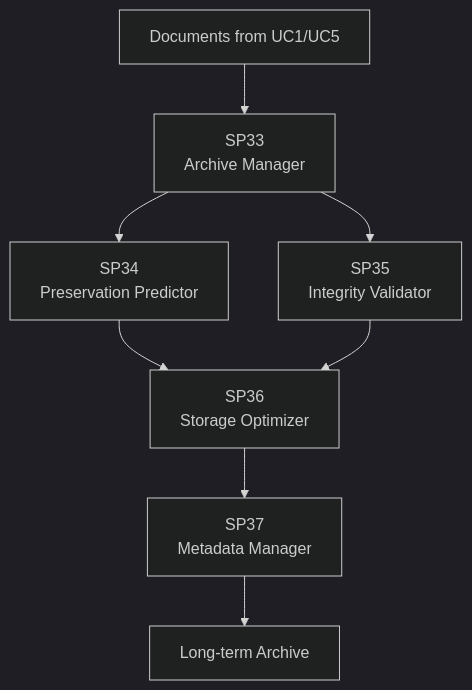
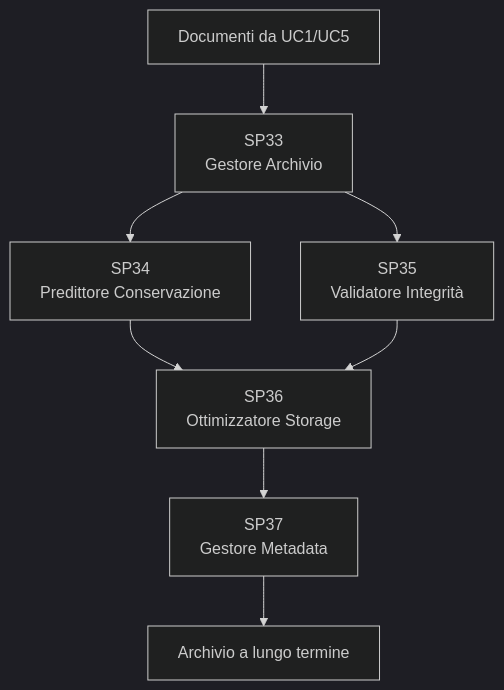
The diagram in docs/use_cases/UC7 - Sistema di Gestione Archivio e Conservazione/02-DEPENDENCIES.md (gianlucaciarcelluti/Interzen.ZenIA), drawn with Mermaid (dark theme) before and after one commit. The commit also changed other lines of this file and 14 other files, not shown here.

````diff
--- a/docs/use_cases/UC7 - Sistema di Gestione Archivio e Conservazione/02-DEPENDENCIES.md
+++ b/docs/use_cases/UC7 - Sistema di Gestione Archivio e Conservazione/02-DEPENDENCIES.md
@@ -5,10 +5,10 @@
 ```mermaid
 graph TD
-    DOCS[Documents from UC1/UC5] --> SP33[SP33<br/>Archive Manager]
-    SP33 --> SP34[SP34<br/>Preservation Predictor]
-    SP33 --> SP35[SP35<br/>Integrity Validator]
-    SP34 --> SP36[SP36<br/>Storage Optimizer]
+    DOCS[Documenti da UC1/UC5] --> SP33[SP33<br/>Gestore Archivio]
+    SP33 --> SP34[SP34<br/>Predittore Conservazione]
+    SP33 --> SP35[SP35<br/>Validatore Integrità]
+    SP34 --> SP36[SP36<br/>Ottimizzatore Storage]
     SP35 --> SP36
-    SP36 --> SP37[SP37<br/>Metadata Manager]
-    SP37 --> ARCHIVE[Long-term Archive]
+    SP36 --> SP37[SP37<br/>Gestore Metadata]
+    SP37 --> ARCHIVE[Archivio a lungo termine]
 ```
````
